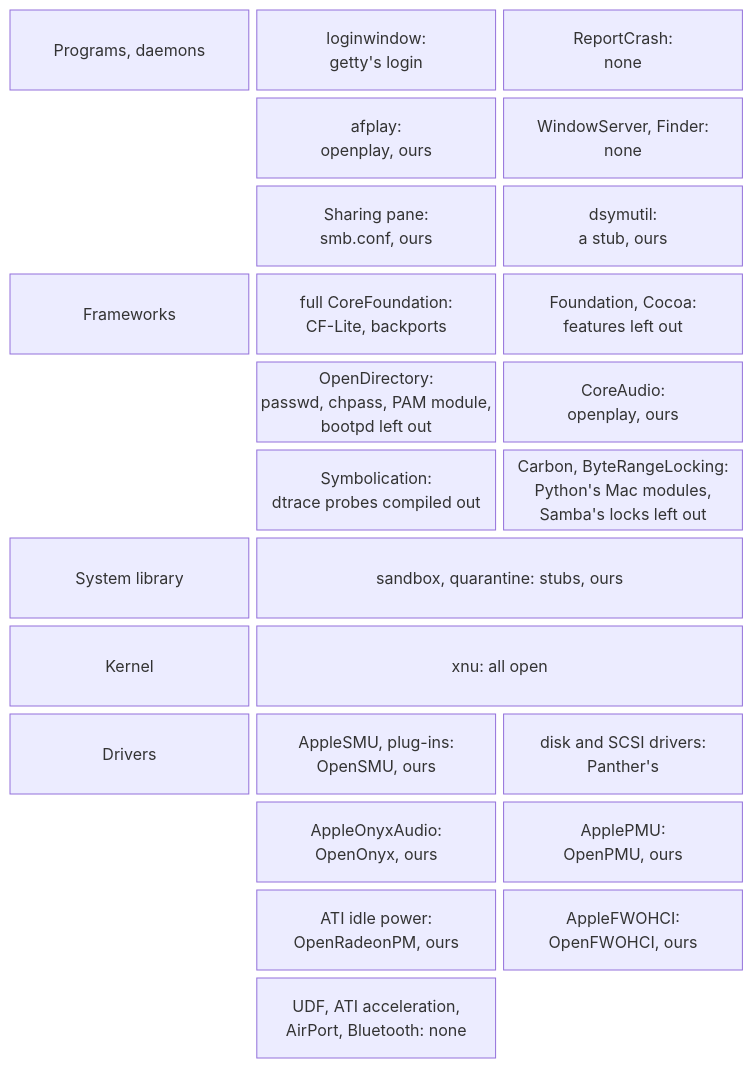
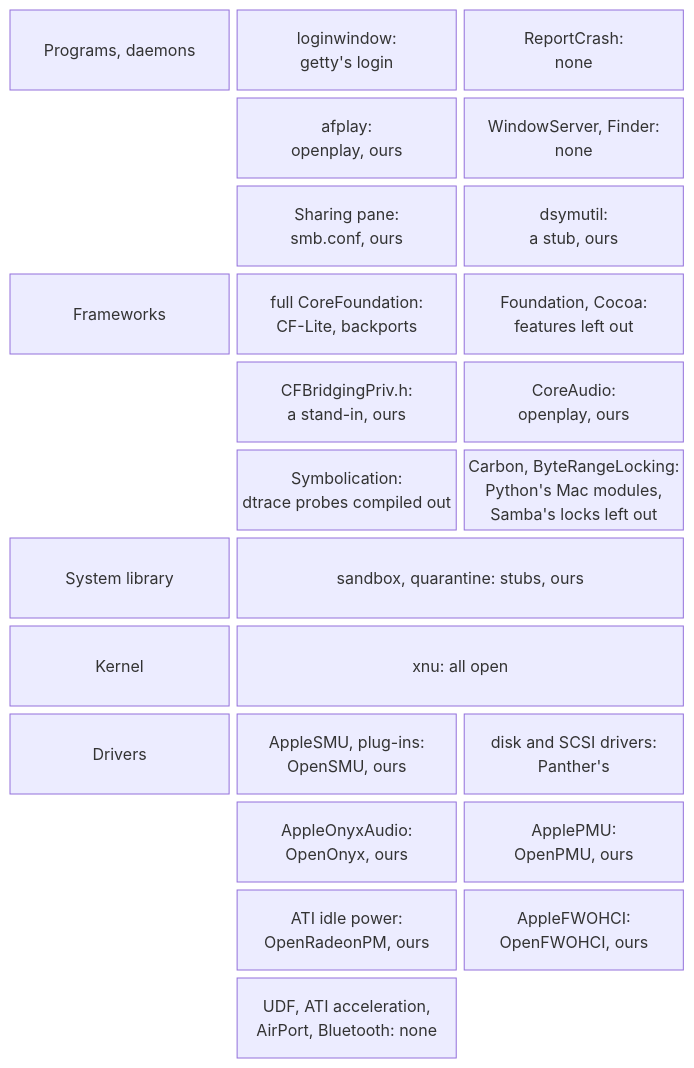
One commit to nyg/PowerDarwin changed the diagram in docs/src/synthesis/what-stays-closed.md. Above: the diagram before and after it, drawn with Mermaid. The commit also changed other lines of this file and 27 other files, not shown here.

Commit message:
feat: build OpenDirectory, and with it passwd, chpass and pam_securityserver

````diff
--- a/docs/src/synthesis/what-stays-closed.md
+++ b/docs/src/synthesis/what-stays-closed.md
@@ -25,16 +25,16 @@
 ```mermaid
 block-beta
     columns 3
     p["Programs, daemons"] p1["loginwindow:<br/>getty's login"] p2["ReportCrash:<br/>none"]
     space p3["afplay:<br/>openplay, ours"] p4["WindowServer, Finder:<br/>none"]
     space p5["Sharing pane:<br/>smb.conf, ours"] p6["dsymutil:<br/>a stub, ours"]
     f["Frameworks"] f1["full CoreFoundation:<br/>CF-Lite, backports"] f2["Foundation, Cocoa:<br/>features left out"]
-    space f3["OpenDirectory:<br/>passwd, chpass, PAM module,<br/>bootpd left out"] f4["CoreAudio:<br/>openplay, ours"]
+    space f3["CFBridgingPriv.h:<br/>a stand-in, ours"] f4["CoreAudio:<br/>openplay, ours"]
     space f5["Symbolication:<br/>dtrace probes compiled out"] f6["Carbon, ByteRangeLocking:<br/>Python's Mac modules,<br/>Samba's locks left out"]
     l["System library"] l1["sandbox, quarantine: stubs, ours"]:2
     k["Kernel"] k1["xnu: all open"]:2
     d["Drivers"] d1["AppleSMU, plug-ins:<br/>OpenSMU, ours"] d2["disk and SCSI drivers:<br/>Panther's"]
     space d3["AppleOnyxAudio:<br/>OpenOnyx, ours"] d4["ApplePMU:<br/>OpenPMU, ours"]
     space d5["ATI idle power:<br/>OpenRadeonPM, ours"] d6["AppleFWOHCI:<br/>OpenFWOHCI, ours"]
     space d7["UDF, ATI acceleration,<br/>AirPort, Bluetooth: none"] space
 ```
````
